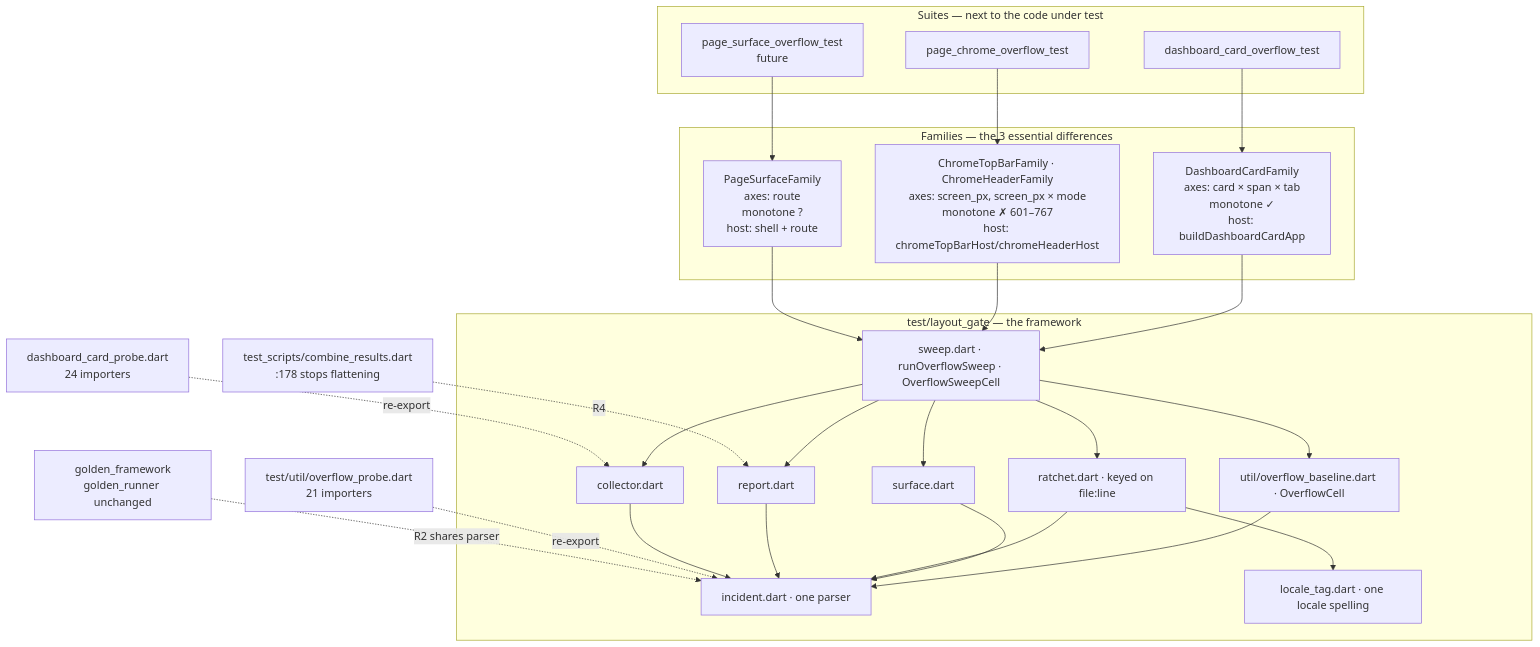
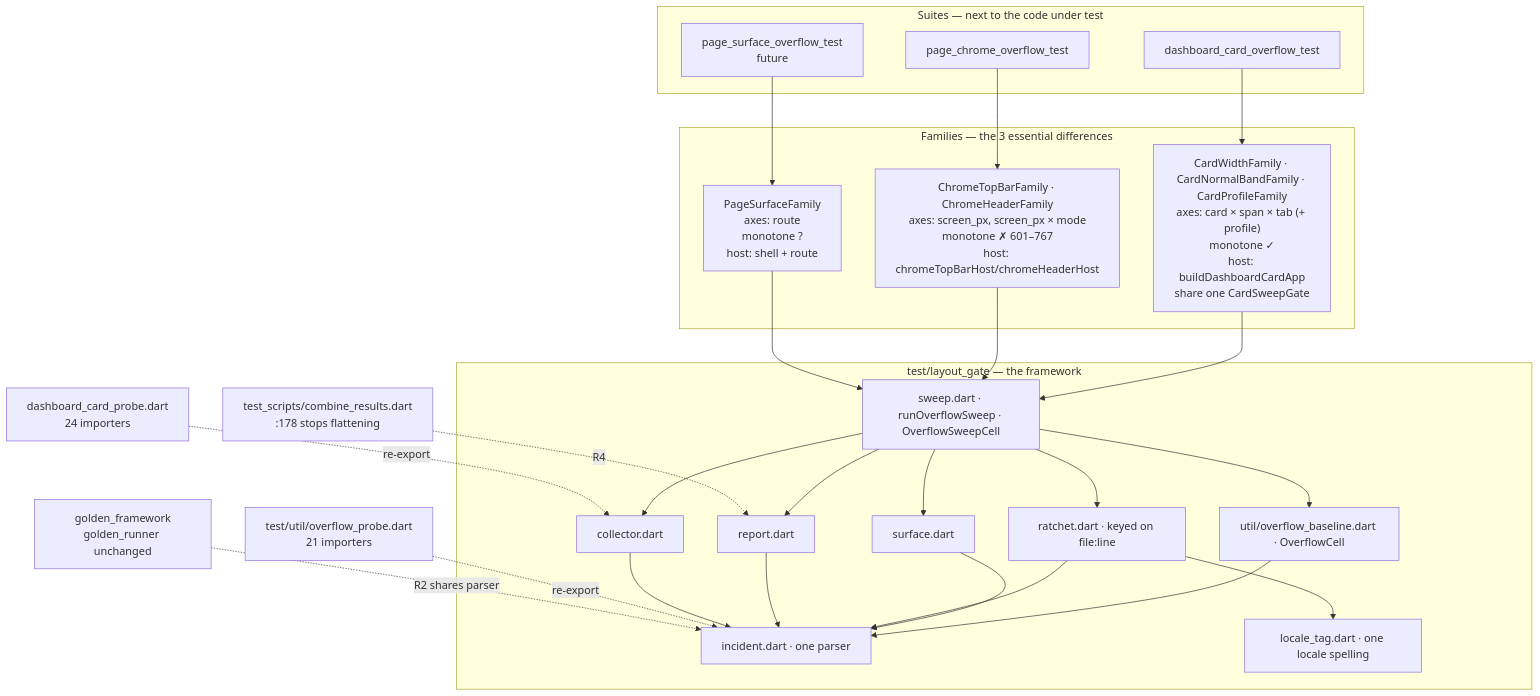
Before and after one commit to linksys/PrivacyGUI: the first of 2 diagrams in doc/testing/overflow_gate_architecture.md, drawn with Mermaid. The commit also changed other lines of this file and 10 other files, not shown here.

````diff
--- a/doc/testing/overflow_gate_architecture.md
+++ b/doc/testing/overflow_gate_architecture.md
@@ -375,32 +422,32 @@
 ```mermaid
 graph TD
   subgraph S[Suites — next to the code under test]
     S1[dashboard_card_overflow_test]
     S2[page_chrome_overflow_test]
     S3[page_surface_overflow_test<br/>future]
   end
   subgraph F[Families — the 3 essential differences]
-    F1["DashboardCardFamily<br/>axes: card × span × tab<br/>monotone ✓<br/>host: buildDashboardCardApp"]
+    F1["CardWidthFamily · CardNormalBandFamily · CardProfileFamily<br/>axes: card × span × tab (+ profile)<br/>monotone ✓<br/>host: buildDashboardCardApp<br/>share one CardSweepGate"]
     F2["ChromeTopBarFamily · ChromeHeaderFamily<br/>axes: screen_px, screen_px × mode<br/>monotone ✗ 601–767<br/>host: chromeTopBarHost/chromeHeaderHost"]
     F3["PageSurfaceFamily<br/>axes: route<br/>monotone ?<br/>host: shell + route"]
   end
   subgraph K["test/layout_gate — the framework"]
     K1[sweep.dart · runOverflowSweep · OverflowSweepCell]
     K2[util/overflow_baseline.dart · OverflowCell]
     K3[surface.dart]
     K4[ratchet.dart · keyed on file:line]
     K5[report.dart]
     K6[collector.dart]
     K7[incident.dart · one parser]
     K8[locale_tag.dart · one locale spelling]
   end
   S1 --> F1 --> K1
   S2 --> F2 --> K1
   S3 --> F3 --> K1
   K1 --> K2 & K3 & K4 & K5 & K6 --> K7
   K4 --> K8
   U1["test/util/overflow_probe.dart<br/>21 importers"] -.re-export.-> K7
   U2["dashboard_card_probe.dart<br/>24 importers"] -.re-export.-> K6
   U3["golden_framework<br/>golden_runner unchanged"] -.R2 shares parser.-> K7
   U4["test_scripts/combine_results.dart<br/>:178 stops flattening"] -.R4.-> K5
 ```
````
